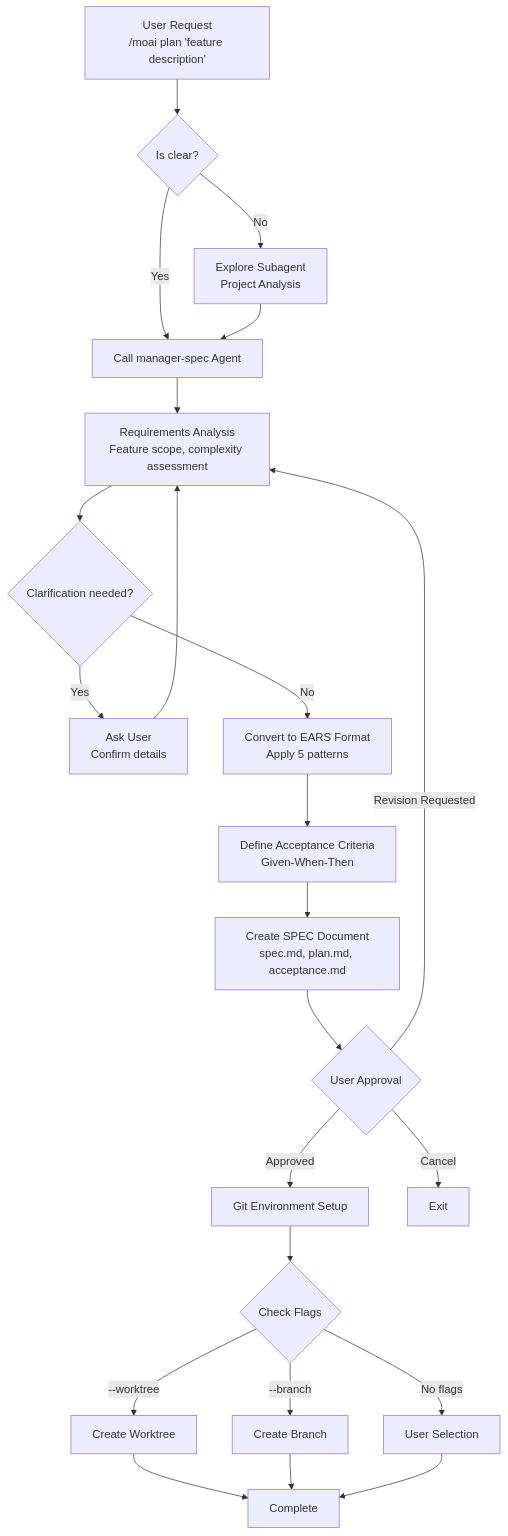
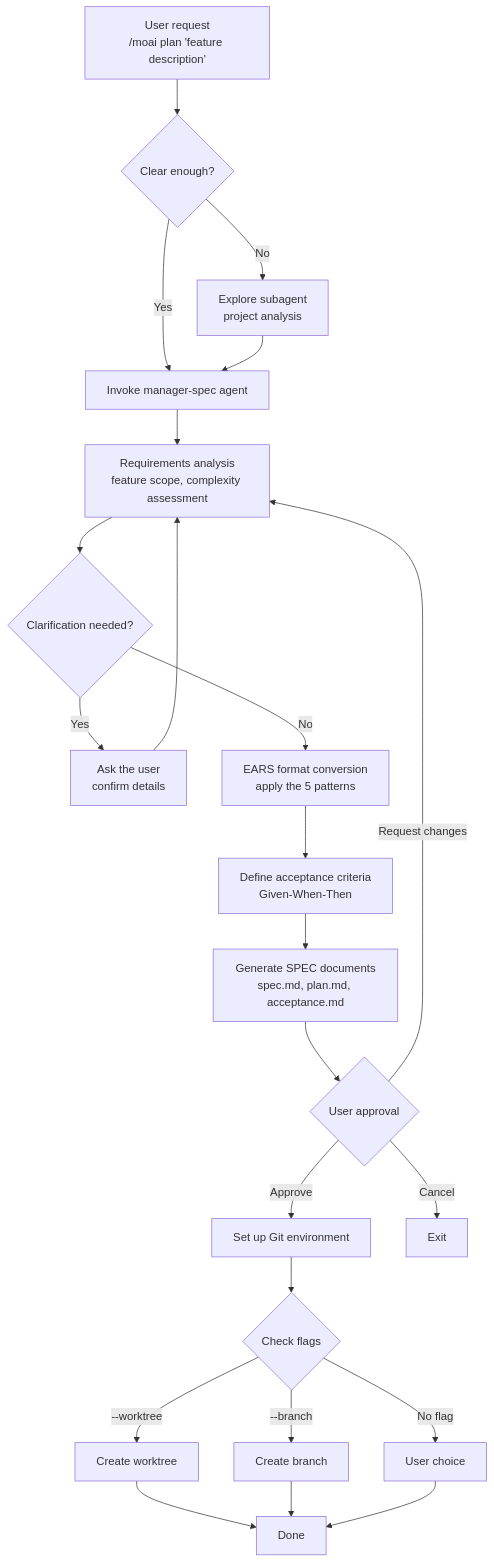
The first of 2 diagrams in docs-site/content/en/workflow-commands/moai-plan.md (modu-ai/moai-adk), drawn with Mermaid before and after one commit. The commit also changed other lines of this file and 395 other files, not shown here.

````diff
--- a/docs-site/content/en/workflow-commands/moai-plan.md
+++ b/docs-site/content/en/workflow-commands/moai-plan.md
@@ -111,25 +115,25 @@
 ```mermaid
 flowchart TD
-    A["User Request<br/>/moai plan 'feature description'"] --> B{Is clear?}
-    B -->|No| C["Explore Subagent<br/>Project Analysis"]
-    B -->|Yes| D["Call manager-spec Agent"]
+    A["User request<br/>/moai plan 'feature description'"] --> B{Clear enough?}
+    B -->|No| C["Explore subagent<br/>project analysis"]
+    B -->|Yes| D["Invoke manager-spec agent"]
     C --> D
-    D --> E["Requirements Analysis<br/>Feature scope, complexity assessment"]
+    D --> E["Requirements analysis<br/>feature scope, complexity assessment"]
     E --> F{"Clarification needed?"}
-    F -->|Yes| G["Ask User<br/>Confirm details"]
+    F -->|Yes| G["Ask the user<br/>confirm details"]
     G --> E
-    F -->|No| H["Convert to EARS Format<br/>Apply 5 patterns"]
-    H --> I["Define Acceptance Criteria<br/>Given-When-Then"]
-    I --> J["Create SPEC Document<br/>spec.md, plan.md, acceptance.md"]
-    J --> K{"User Approval"}
-    K -->|Approved| L["Git Environment Setup"]
-    K -->|Revision Requested| E
+    F -->|No| H["EARS format conversion<br/>apply the 5 patterns"]
+    H --> I["Define acceptance criteria<br/>Given-When-Then"]
+    I --> J["Generate SPEC documents<br/>spec.md, plan.md, acceptance.md"]
+    J --> K{"User approval"}
+    K -->|Approve| L["Set up Git environment"]
+    K -->|Request changes| E
     K -->|Cancel| M["Exit"]
-    L --> N{"Check Flags"}
-    N -->|--worktree| O["Create Worktree"]
-    N -->|--branch| P["Create Branch"]
-    N -->|No flags| Q["User Selection"]
-    O --> R["Complete"]
+    L --> N{"Check flags"}
+    N -->|--worktree| O["Create worktree"]
+    N -->|--branch| P["Create branch"]
+    N -->|No flag| Q["User choice"]
+    O --> R["Done"]
     P --> R
     Q --> R
 ```
````
